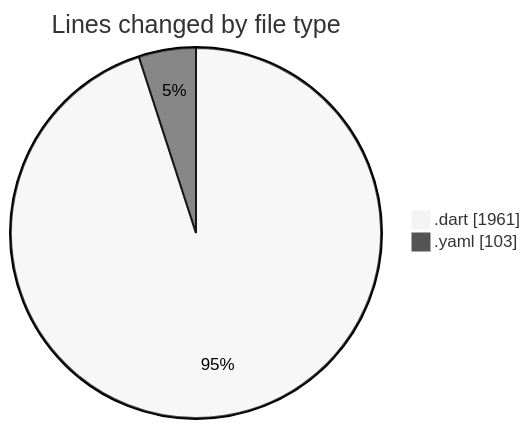
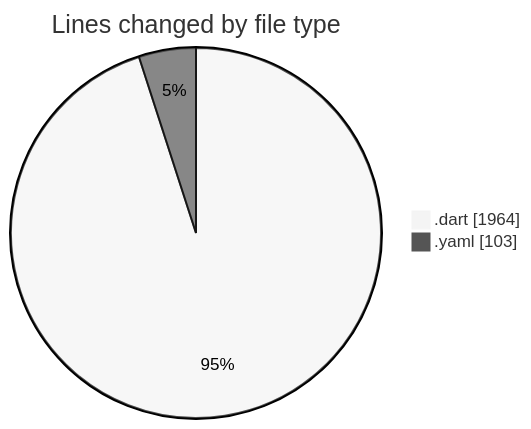
One commit to donsfak/code-tracking changed the first of 2 diagrams in 2025-02-25/trackers_app/README.md. Above: the diagram before and after it, drawn with Mermaid (neutral theme). The commit also changed other lines of this file and 1 other file, not shown here.

````diff
--- a/2025-02-25/trackers_app/README.md
+++ b/2025-02-25/trackers_app/README.md
@@ -31,6 +31,6 @@
 ```mermaid
 pie showData
 title Lines changed by file type
-".dart" : 1961
+".dart" : 1964
 ".yaml" : 103
 ```
````
